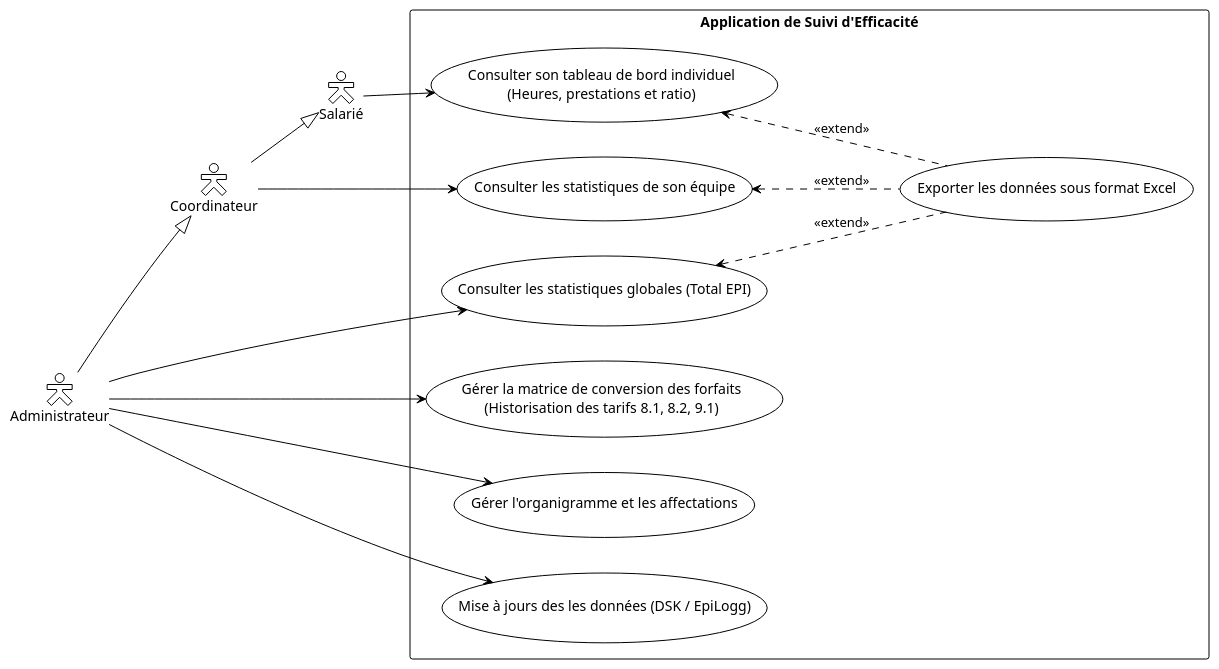
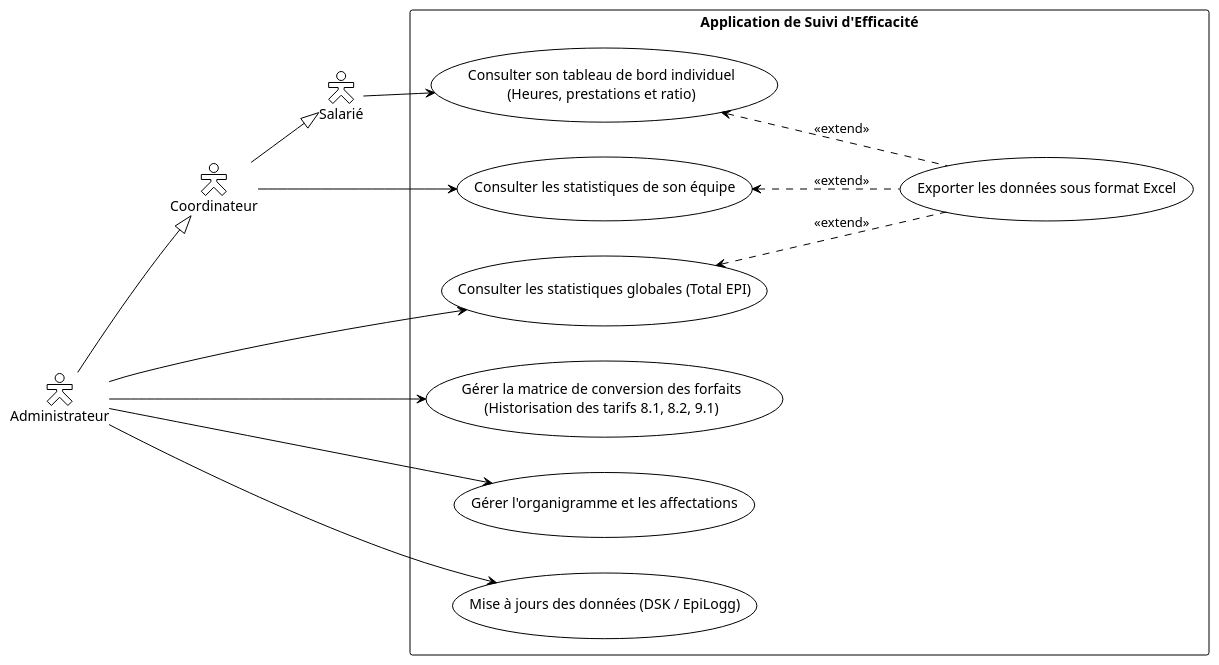
Before and after one commit to midjix/plantuml: the diagram in diagramme_de_cas_d'utilisation.md, drawn with PlantUML.

Commit message:
Fix typo in use case for data update

````diff
--- a/diagramme_de_cas_d'utilisation.md
+++ b/diagramme_de_cas_d'utilisation.md
@@ -1,46 +1,46 @@
 ```plantuml
 @startuml
 !theme plain
 left to right direction
 skinparam packageStyle rectangle
 skinparam actorStyle hollow
 
 ' --- Acteurs ---
 actor "Salarié" as sal
 actor "Coordinateur" as coord
 actor "Administrateur" as admin
 
 ' --- Héritage des rôles ---
 coord --|> sal
 admin --|> coord
 
 ' --- Système ---
 rectangle "Application de Suivi d'Efficacité" {
     
     ' Cas d'utilisation - Consultation
     usecase "Consulter son tableau de bord individuel\n(Heures, prestations et ratio)" as UC_dashboard
     usecase "Consulter les statistiques de son équipe" as UC_team_stats
     usecase "Consulter les statistiques globales (Total EPI)" as UC_global_stats
     
     ' Cas d'utilisation - Actions & Paramétrage
     usecase "Exporter les données sous format Excel" as UC_export
     usecase "Gérer la matrice de conversion des forfaits\n(Historisation des tarifs 8.1, 8.2, 9.1)" as UC_matrix
     usecase "Gérer l'organigramme et les affectations" as UC_organigramme
-    usecase "Mise à jours des les données (DSK / EpiLogg)" as UC_import
+    usecase "Mise à jours des données (DSK / EpiLogg)" as UC_import
     
     ' Relations d'extension pour l'export Excel
     UC_dashboard <.. UC_export : <<extend>>
     UC_team_stats <.. UC_export : <<extend>>
     UC_global_stats <.. UC_export : <<extend>>
 }
 
 ' --- Liaisons Acteurs -> Cas d'utilisation ---
 sal --> UC_dashboard
 coord --> UC_team_stats
 admin --> UC_global_stats
 admin --> UC_matrix
 admin --> UC_organigramme
 admin --> UC_import
 
 @enduml
 ```
````
